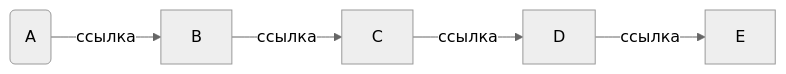
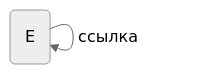
Before and after one commit to hamster-i/list: the diagram in README.md, drawn with Mermaid (neutral theme).

````diff
--- a/README.md
+++ b/README.md
@@ -7,4 +7,4 @@
    ```mermaid
    graph LR;
-    В(A)--ссылка-->B--ссылка-->C--ссылка-->D--ссылка-->E;
+    В(A)--ссылка-->В(B)--ссылка-->В(C)--ссылка-->В(D)--ссылка-->В(E);
    ```
````
